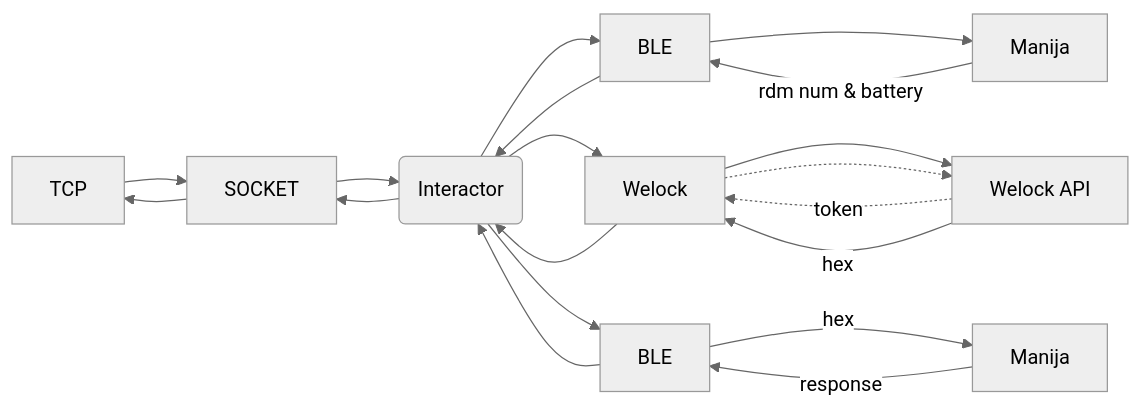
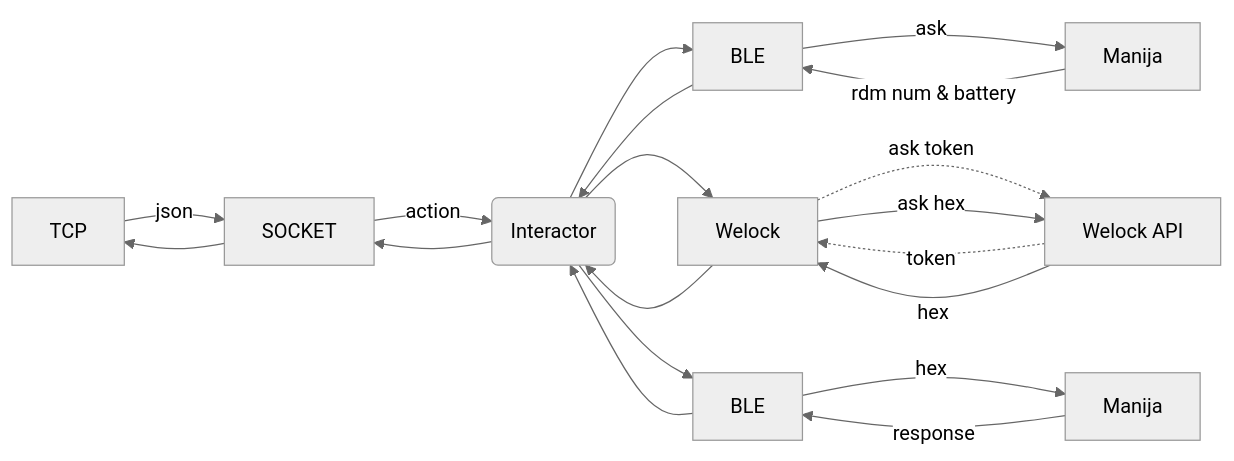
One commit to ATICMCH/BleKotlin changed the diagram in README.md. Above: the diagram before and after it, drawn with Mermaid (neutral theme). The commit also changed other lines of this file, not shown here.

````diff
--- a/README.md
+++ b/README.md
@@ -107,29 +107,30 @@
 ```mermaid
 graph LR
-TCP -->
-A[SOCKET] -->B(Interactor)
+TCP -->|json| A
+A[SOCKET] -->|action|B(Interactor)
 
 B -->BLE[BLE]
 BLE--> B
 
 B -->E[Welock]
 E-->B
 
 B -->F[BLE]
 F -->B
 
-BLE -->  MANIJA[Manija]
+BLE --> |ask| MANIJA[Manija]
 MANIJA -->|rdm num & battery| BLE
 
-E --> H[Welock API]
+
 H -.->|token| E
+E -.->|ask token| H[Welock API]
 
-E -.-> H[Welock API]
+E --> |ask hex|H[Welock API]
 H -->|hex| E
 
 F --> |hex| I[Manija]
 I --> |response|F
 
 B -->
 A --> TCP
 ```
````
